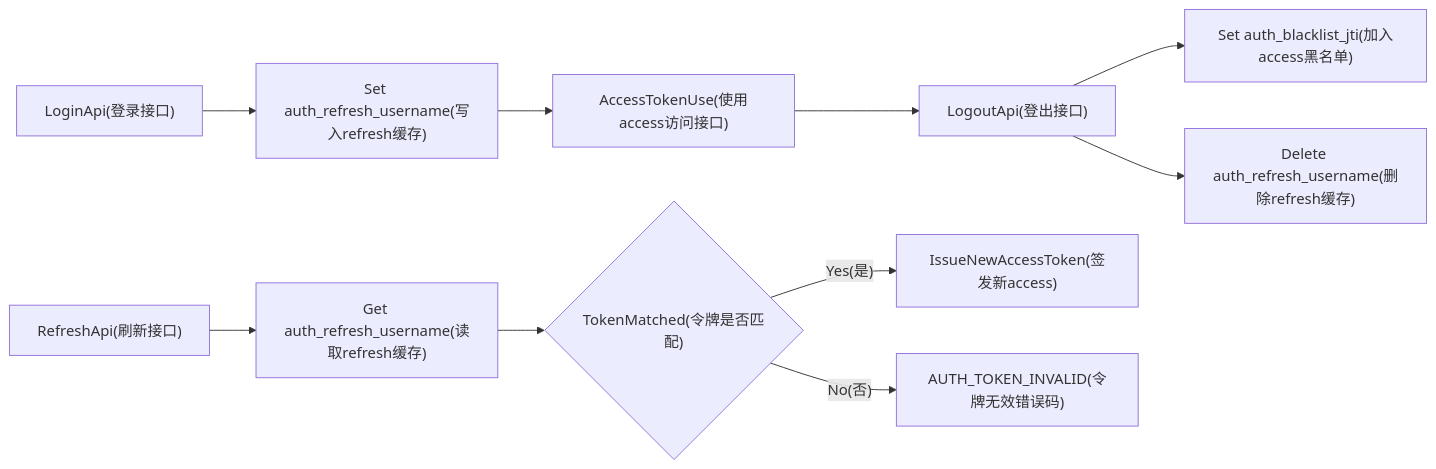
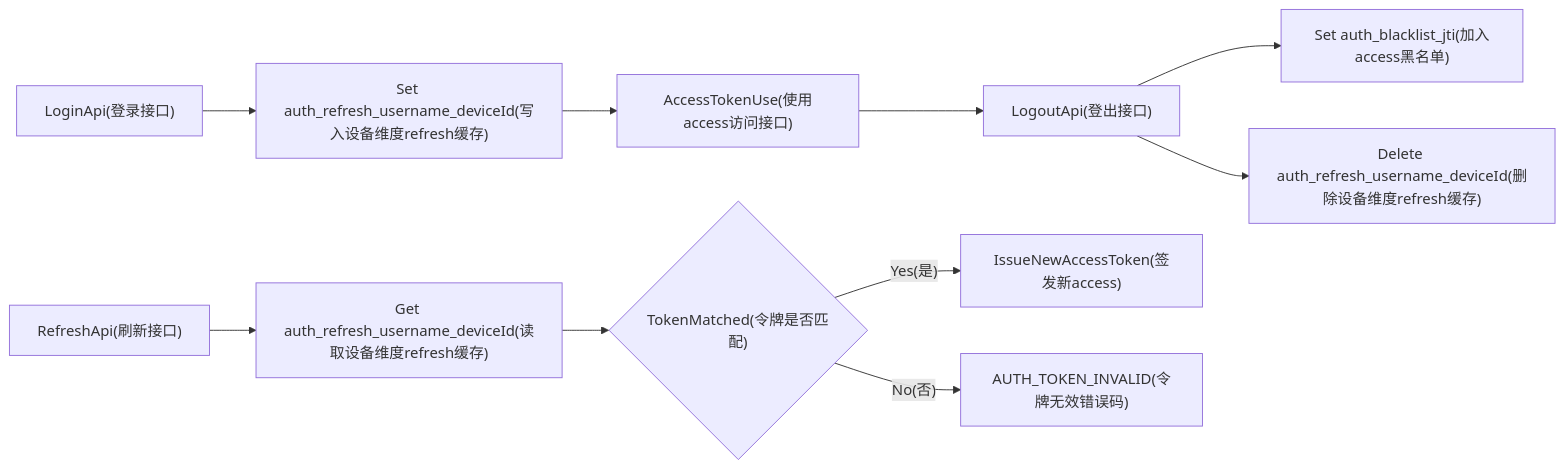
The diagram in CursorChat/springboot/30-安全与登录/03-Redis令牌缓存与黑名单.md (Qiubailuoluo/SpringBoot-Lean), drawn with Mermaid before and after one commit. The commit also changed other lines of this file and 23 other files, not shown here.

First line of the commit message:
docs(springboot): sync architecture updates into learning skeleton

````diff
--- a/CursorChat/springboot/30-安全与登录/03-Redis令牌缓存与黑名单.md
+++ b/CursorChat/springboot/30-安全与登录/03-Redis令牌缓存与黑名单.md
@@ -21,12 +21,12 @@
 ```mermaid
 flowchart LR
-loginApi["LoginApi(登录接口)"] --> saveRefresh["Set auth_refresh_username(写入refresh缓存)"]
+loginApi["LoginApi(登录接口)"] --> saveRefresh["Set auth_refresh_username_deviceId(写入设备维度refresh缓存)"]
 saveRefresh --> accessUse["AccessTokenUse(使用access访问接口)"]
 accessUse --> logoutApi["LogoutApi(登出接口)"]
 logoutApi --> addBlacklist["Set auth_blacklist_jti(加入access黑名单)"]
-logoutApi --> removeRefresh["Delete auth_refresh_username(删除refresh缓存)"]
-refreshApi["RefreshApi(刷新接口)"] --> readRefresh["Get auth_refresh_username(读取refresh缓存)"]
+logoutApi --> removeRefresh["Delete auth_refresh_username_deviceId(删除设备维度refresh缓存)"]
+refreshApi["RefreshApi(刷新接口)"] --> readRefresh["Get auth_refresh_username_deviceId(读取设备维度refresh缓存)"]
 readRefresh --> tokenCheck{"TokenMatched(令牌是否匹配)"}
 tokenCheck -->|"Yes(是)"| issueNewAccess["IssueNewAccessToken(签发新access)"]
 tokenCheck -->|"No(否)"| tokenInvalid["AUTH_TOKEN_INVALID(令牌无效错误码)"]
 ```
````
